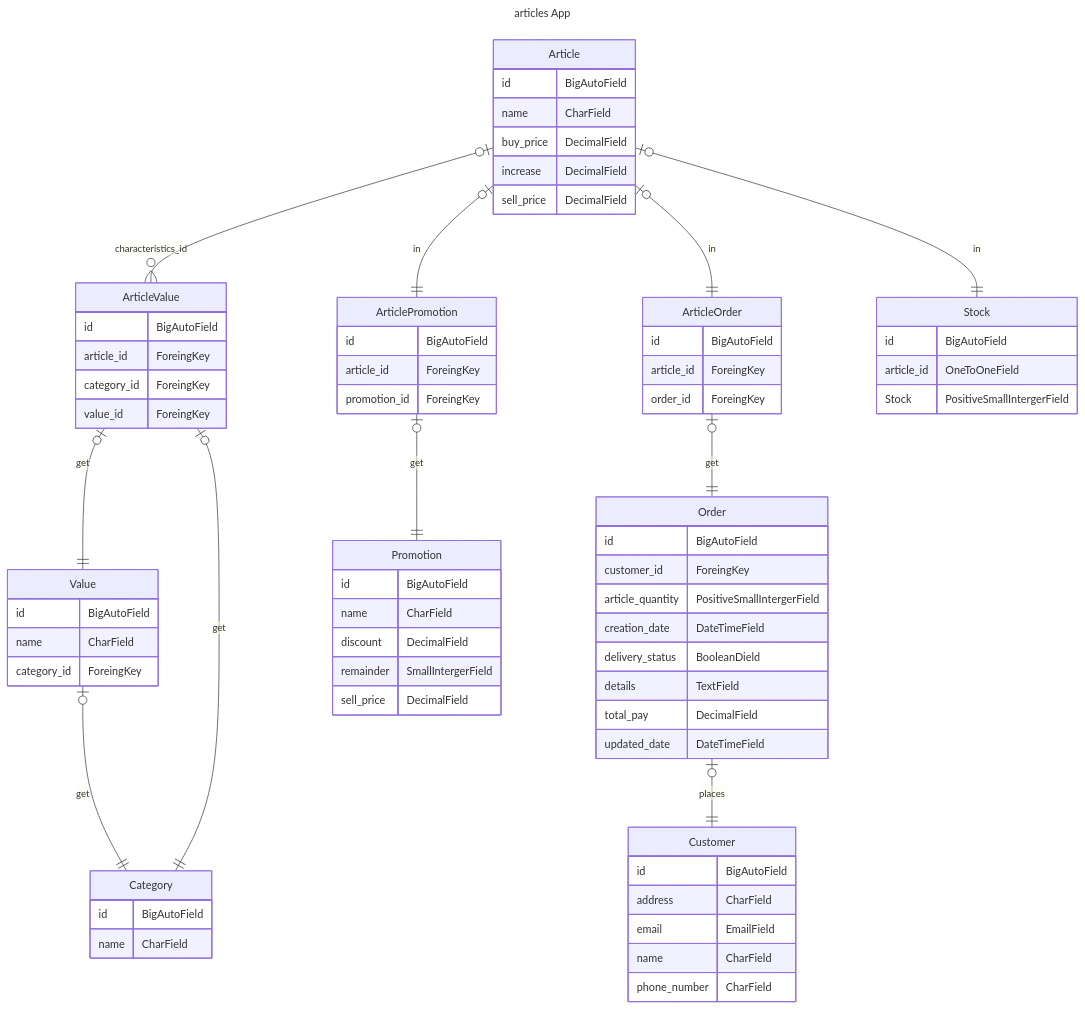
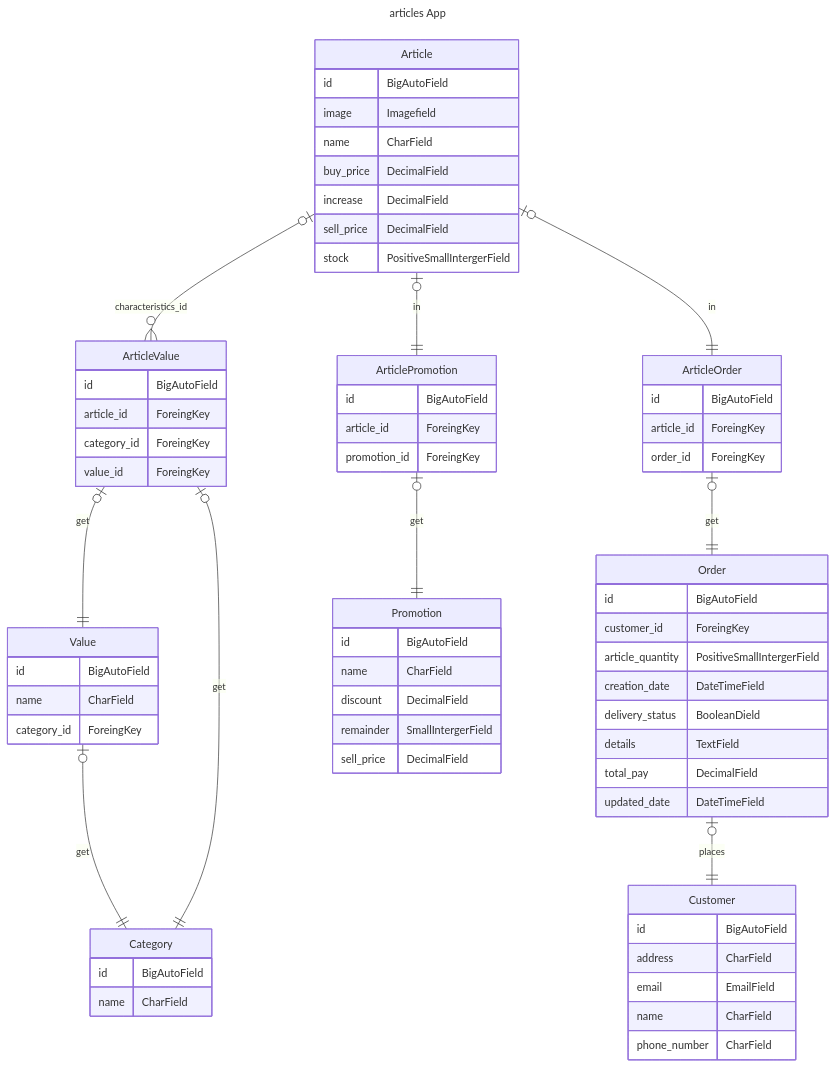
One commit to DarthKenar/ElCanarioRegionales changed the diagram in DOCUMENTATION/diagram_models.mmd. Above: the diagram before and after it, drawn with Mermaid.

Commit message:
📖 DOC: update model diagrams

```diff
--- a/DOCUMENTATION/diagram_models.mmd
+++ b/DOCUMENTATION/diagram_models.mmd
@@ -1,75 +1,71 @@
 ---
 title: articles App
 ---
 erDiagram 
     Article one or zero to many ArticleValue : characteristics_id
     Article |o--|| ArticlePromotion : in
     Article |o--|| ArticleOrder : in
-    Article |o--|| Stock : in
     ArticleValue |o--|| Value : get
     ArticleValue |o--|| Category : get
     Value |o--|| Category : get
     ArticlePromotion |o--|| Promotion : get
     ArticleOrder |o--|| Order : get
     Order |o--|| Customer : places
     Article {
         id BigAutoField
+        image Imagefield
         name CharField
         buy_price DecimalField
         increase DecimalField
         sell_price DecimalField
+        stock PositiveSmallIntergerField
     }
     ArticleValue {
         id BigAutoField
         article_id ForeingKey
         category_id ForeingKey
         value_id ForeingKey
     }
     ArticlePromotion {
         id BigAutoField
         article_id ForeingKey
         promotion_id ForeingKey
     }
     ArticleOrder {
         id BigAutoField
         article_id ForeingKey
         order_id ForeingKey
-    }
-    Stock {
-        id BigAutoField
-        article_id OneToOneField
-        Stock PositiveSmallIntergerField
     }
     Value {
         id BigAutoField
         name CharField
         category_id ForeingKey
     }
     Category {
         id BigAutoField
         name CharField
     }
     Promotion {
         id BigAutoField
         name CharField
         discount DecimalField
         remainder SmallIntergerField
         sell_price DecimalField
     }
     Order {
         id BigAutoField
         customer_id ForeingKey
         article_quantity PositiveSmallIntergerField
         creation_date DateTimeField
         delivery_status BooleanDield
         details TextField
         total_pay DecimalField
         updated_date DateTimeField
     }
     Customer {
         id BigAutoField
         address CharField
         email EmailField
         name CharField
         phone_number CharField
     }
```
